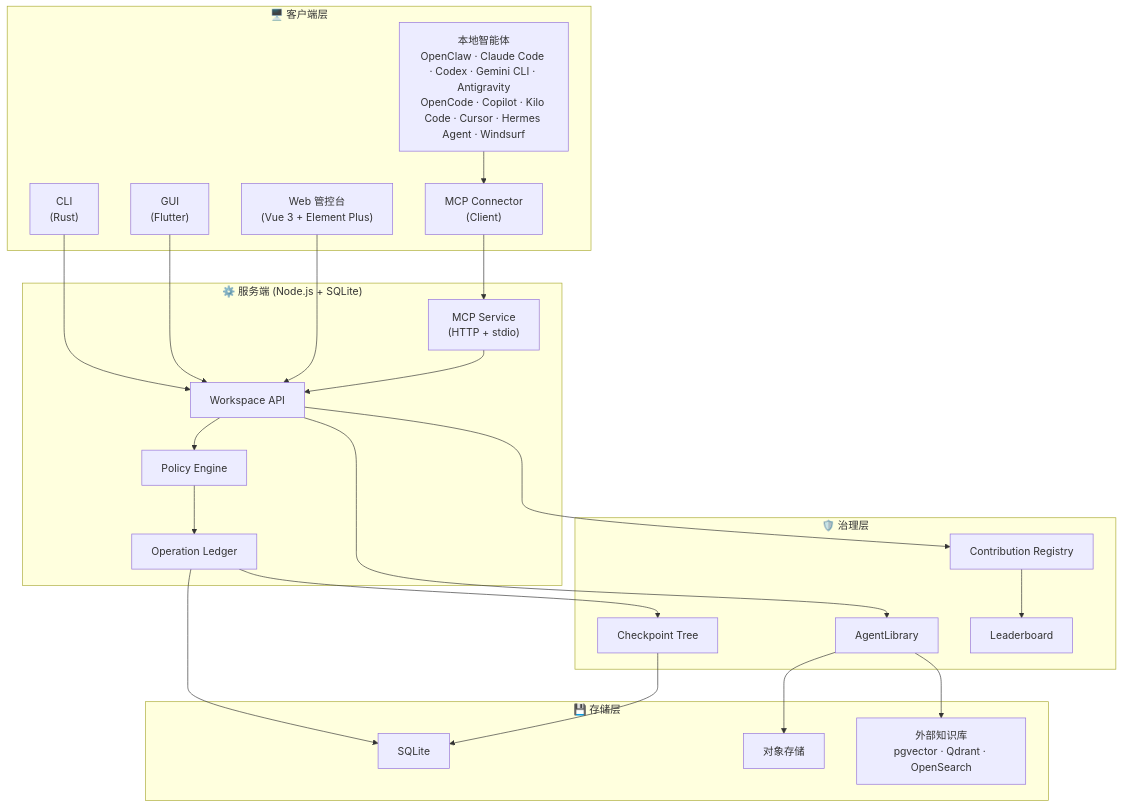
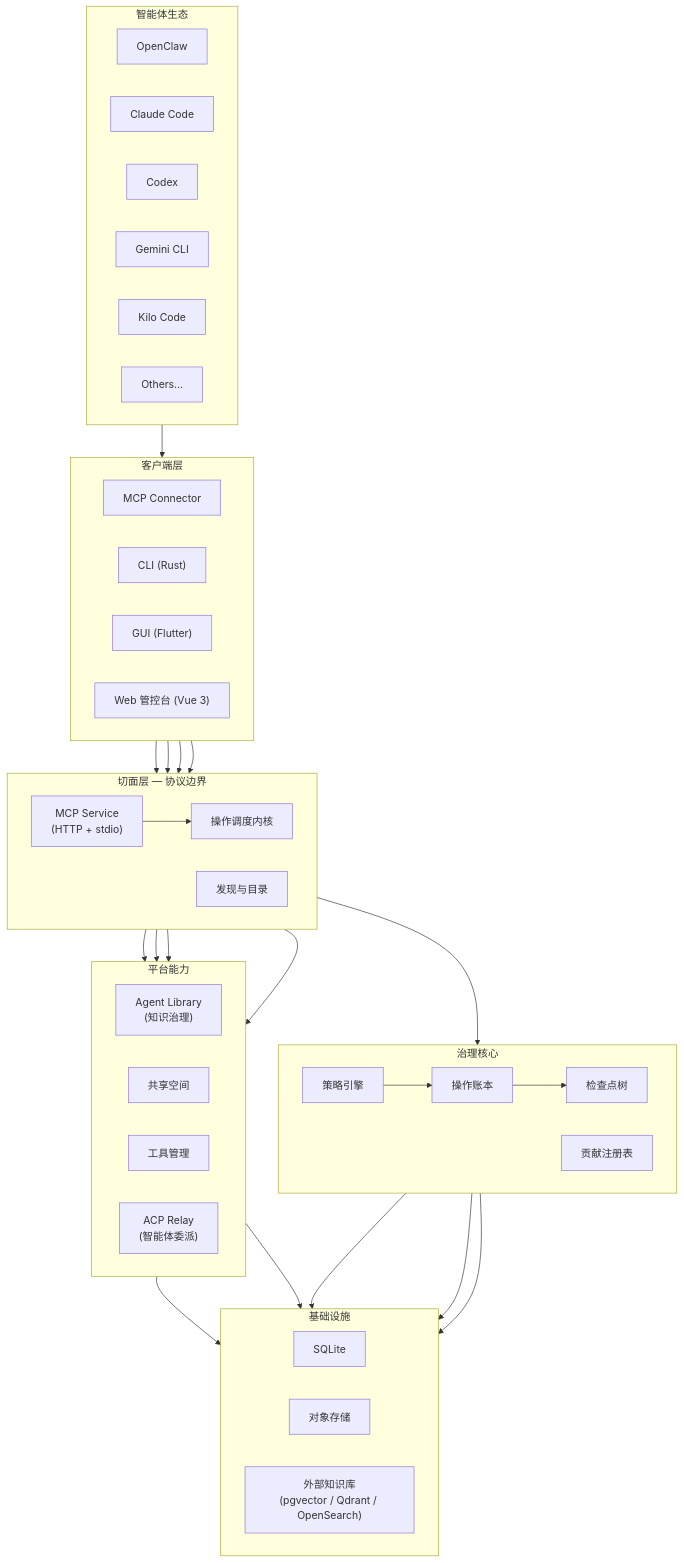
One commit to Unka-Malloc/AgentStudio changed the diagram in README.zh-CN.md. Above: the diagram before and after it, drawn with Mermaid. The commit also changed other lines of this file and 1 other file, not shown here.

````diff
--- a/README.zh-CN.md
+++ b/README.zh-CN.md
@@ -45,47 +46,69 @@
 ```mermaid
 graph TB
-    subgraph Clients["🖥️ 客户端层"]
-        CLI["CLI<br/>(Rust)"]
-        GUI["GUI<br/>(Flutter)"]
-        Console["Web 管控台<br/>(Vue 3 + Element Plus)"]
-        MCPClient["MCP Connector<br/>(Client)"]
-        Agents["本地智能体<br/>OpenClaw · Claude Code · Codex · Gemini CLI · Antigravity<br/>OpenCode · Copilot · Kilo Code · Cursor · Hermes Agent · Windsurf"]
+    subgraph Agents["智能体生态"]
+        direction LR
+        A1["OpenClaw"]
+        A2["Claude Code"]
+        A3["Codex"]
+        A4["Gemini CLI"]
+        A5["Kilo Code"]
+        A6["Others..."]
     end
 
-    subgraph Server["⚙️ 服务端 (Node.js + SQLite)"]
-        MCP["MCP Service<br/>(HTTP + stdio)"]
-        API["Workspace API"]
-        Policy["Policy Engine"]
-        Ledger["Operation Ledger"]
+    subgraph Clients["客户端层"]
+        direction LR
+        MCP["MCP Connector"]
+        CLI["CLI (Rust)"]
+        GUI["GUI (Flutter)"]
+        Console["Web 管控台 (Vue 3)"]
     end
 
-    subgraph Governance["🛡️ 治理层"]
-        CPT["Checkpoint Tree"]
-        AL["AgentLibrary"]
-        CR["Contribution Registry"]
-        LB["Leaderboard"]
+    subgraph Aspect["切面层 — 协议边界"]
+        direction LR
+        MCPService["MCP Service<br/>(HTTP + stdio)"]
+        OpKernel["操作调度内核"]
+        Discovery["发现与目录"]
     end
 
-    subgraph Storage["💾 存储层"]
+    subgraph Core["治理核心"]
+        direction LR
+        Policy["策略引擎"]
+        Ledger["操作账本"]
+        CPT["检查点树"]
+        Contrib["贡献注册表"]
+    end
+
+    subgraph Capabilities["平台能力"]
+        direction LR
+        KnowledgeLib["Agent Library<br/>(知识治理)"]
+        SharedSpace["共享空间"]
+        ToolMgmt["工具管理"]
+        ACPRelay["ACP Relay<br/>(智能体委派)"]
+    end
+
+    subgraph Infra["基础设施"]
+        direction LR
         SQLite["SQLite"]
         Objects["对象存储"]
-        ExtKB["外部知识库<br/>pgvector · Qdrant · OpenSearch"]
+        ExtKB["外部知识库<br/>(pgvector / Qdrant / OpenSearch)"]
     end
 
-    CLI --> API
-    GUI --> API
-    Console --> API
-    Agents --> MCPClient
-    MCPClient --> MCP
-    MCP --> API
-    API --> Policy
+    Agents --> MCP
+    MCP --> MCPService
+    CLI --> OpKernel
+    GUI --> OpKernel
+    Console --> OpKernel
+    MCPService --> OpKernel
+    OpKernel --> Policy
     Policy --> Ledger
     Ledger --> CPT
-    API --> AL
-    API --> CR
-    CR --> LB
+    OpKernel --> KnowledgeLib
+    OpKernel --> SharedSpace
+    OpKernel --> ToolMgmt
+    OpKernel --> ACPRelay
     Ledger --> SQLite
     CPT --> SQLite
-    AL --> Objects
-    AL --> ExtKB
+    KnowledgeLib --> Objects
+    KnowledgeLib --> ExtKB
+    Contrib --> SQLite
 ```
````
